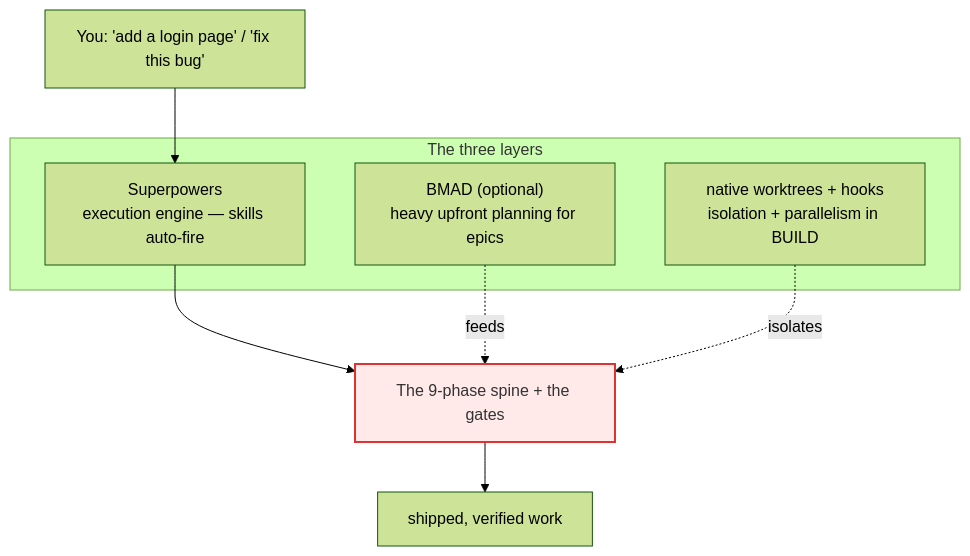
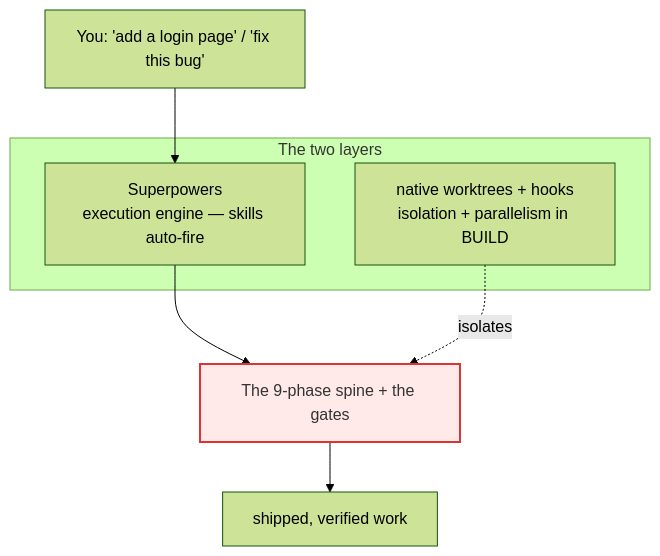
One commit to HenriGeorge/AutoCue changed the first of 15 diagrams in docs/OVERVIEW.md. Above: the diagram before and after it, drawn with Mermaid (forest theme). The commit also changed other lines of this file and 5 other files, not shown here.

````diff
--- a/docs/OVERVIEW.md
+++ b/docs/OVERVIEW.md
@@ -17,15 +17,13 @@
 ```mermaid
 flowchart TD
     You["You: 'add a login page' / 'fix this bug'"] --> SP
-    subgraph layers["The three layers"]
+    subgraph layers["The two layers"]
       SP["Superpowers<br/>execution engine — skills auto-fire"]
-      BMAD["BMAD (optional)<br/>heavy upfront planning for epics"]
       CW["native worktrees + hooks<br/>isolation + parallelism in BUILD"]
     end
     SP --> Spine["The 9-phase spine + the gates"]
-    BMAD -.feeds.-> Spine
     CW -.isolates.-> Spine
     Spine --> Out["shipped, verified work"]
     classDef law fill:#ffe9e9,stroke:#d33,stroke-width:2px,color:#333;
     class Spine law;
 ```
````
